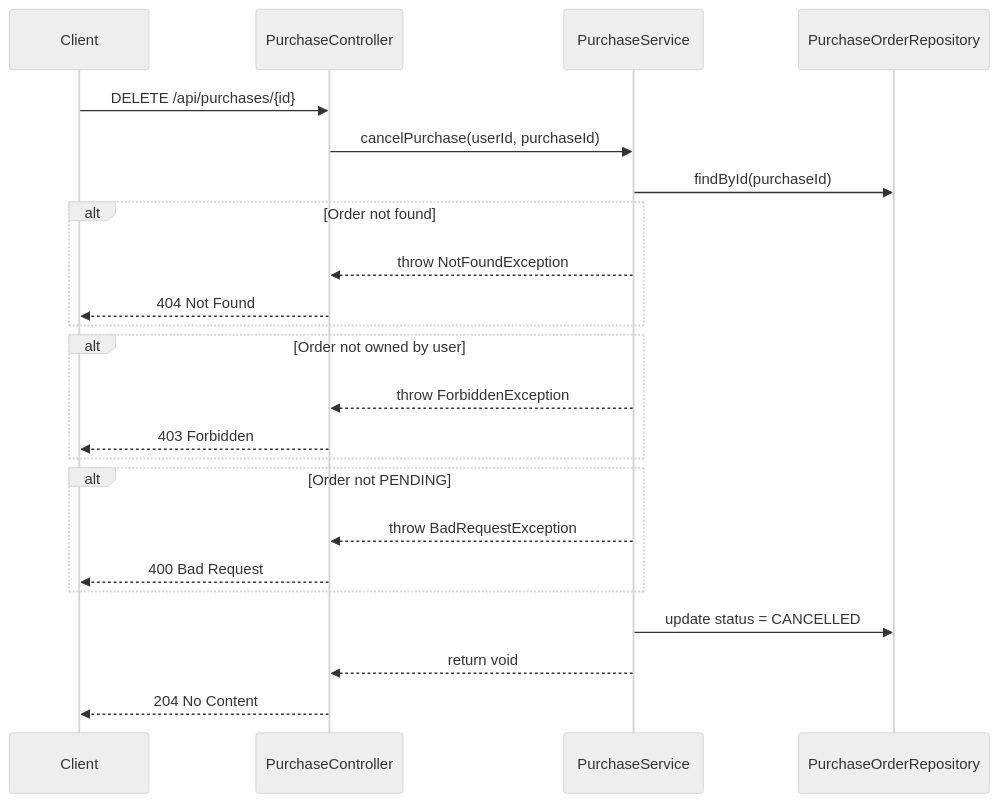
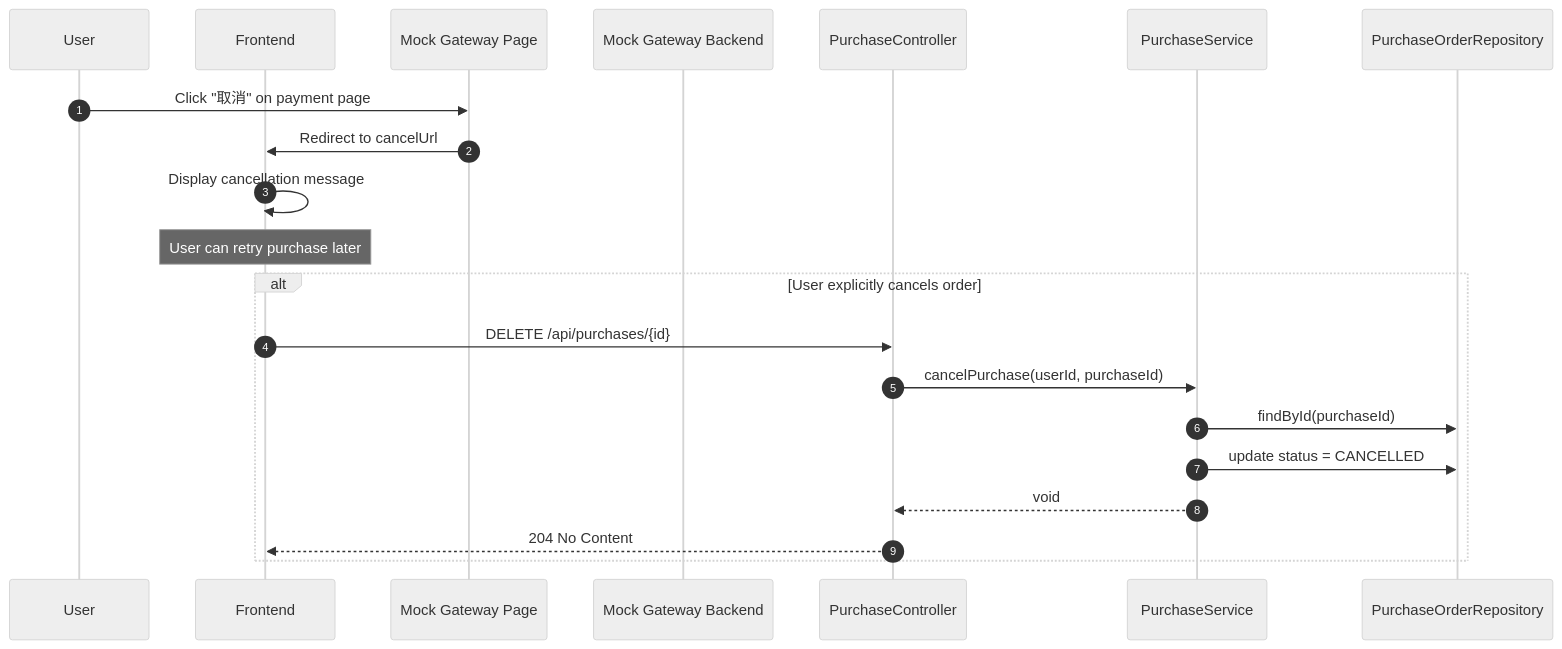
The third of 4 diagrams in specs/005-purchase-flow/backend-spec.md (AdemKao/water-ball-fork), drawn with Mermaid (neutral theme) before and after one commit. The commit also changed other lines of this file and 3 other files, not shown here.

````diff
--- a/specs/005-purchase-flow/backend-spec.md
+++ b/specs/005-purchase-flow/backend-spec.md
@@ -135,30 +213,27 @@
 ```mermaid
 sequenceDiagram
-    participant Client
+    autonumber
+    participant User
+    participant Frontend
+    participant MockGatewayPage as Mock Gateway Page
+    participant MockPaymentGateway as Mock Gateway Backend
     participant PurchaseController
     participant PurchaseService
     participant PurchaseOrderRepository
 
-    Client->>PurchaseController: DELETE /api/purchases/{id}
-    PurchaseController->>PurchaseService: cancelPurchase(userId, purchaseId)
+    User->>MockGatewayPage: Click "取消" on payment page
+    MockGatewayPage->>Frontend: Redirect to cancelUrl
     
-    PurchaseService->>PurchaseOrderRepository: findById(purchaseId)
-    alt Order not found
-        PurchaseService-->>PurchaseController: throw NotFoundException
-        PurchaseController-->>Client: 404 Not Found
+    Frontend->>Frontend: Display cancellation message
+    
+    Note over Frontend: User can retry purchase later
+    
+    alt User explicitly cancels order
+        Frontend->>PurchaseController: DELETE /api/purchases/{id}
+        PurchaseController->>PurchaseService: cancelPurchase(userId, purchaseId)
+        PurchaseService->>PurchaseOrderRepository: findById(purchaseId)
+        PurchaseService->>PurchaseOrderRepository: update status = CANCELLED
+        PurchaseService-->>PurchaseController: void
+        PurchaseController-->>Frontend: 204 No Content
     end
-    
-    alt Order not owned by user
-        PurchaseService-->>PurchaseController: throw ForbiddenException
-        PurchaseController-->>Client: 403 Forbidden
-    end
-    
-    alt Order not PENDING
-        PurchaseService-->>PurchaseController: throw BadRequestException
-        PurchaseController-->>Client: 400 Bad Request
-    end
-    
-    PurchaseService->>PurchaseOrderRepository: update status = CANCELLED
-    PurchaseService-->>PurchaseController: return void
-    PurchaseController-->>Client: 204 No Content
 ```
````
